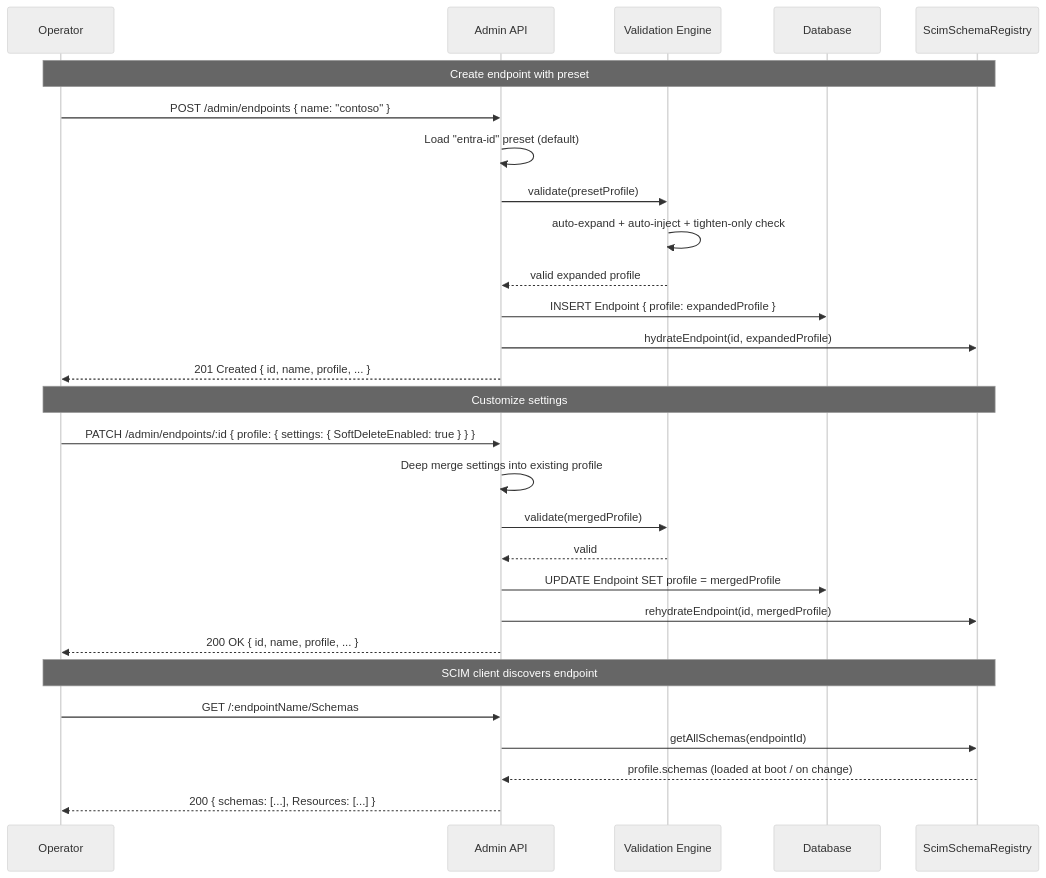
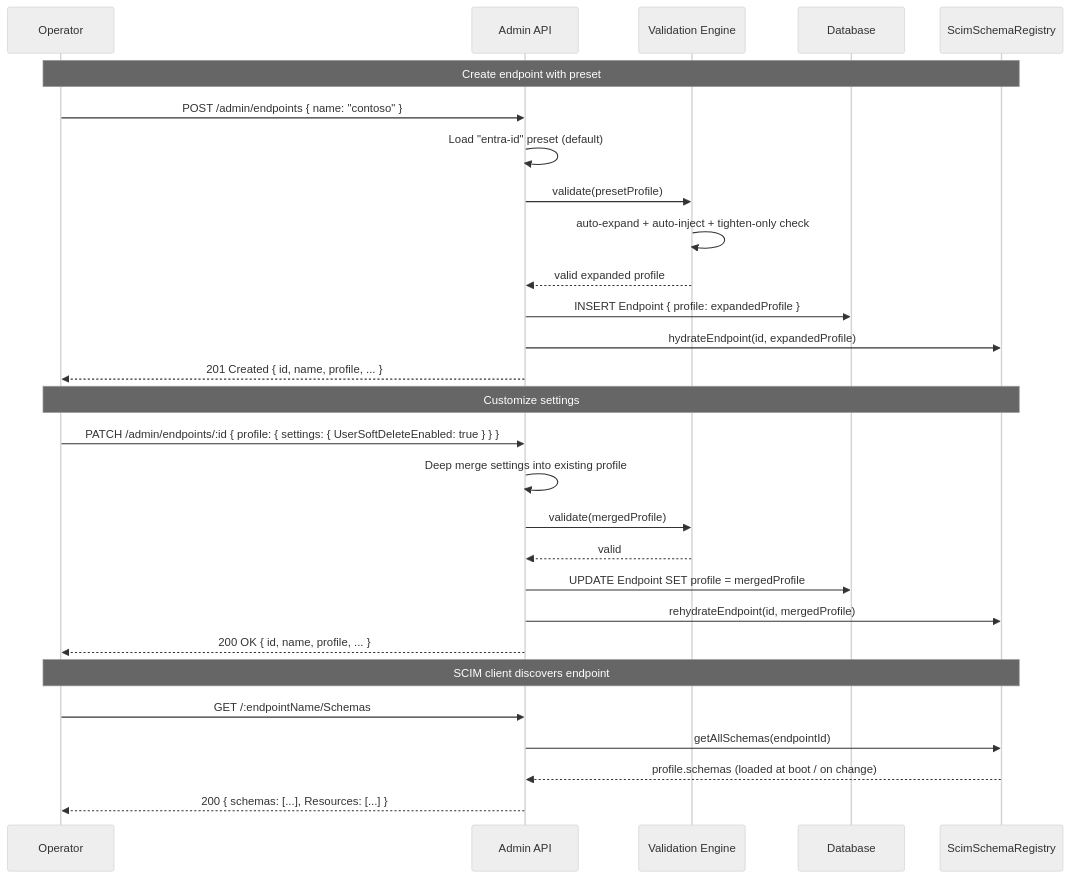
One commit to pranems/SCIMServer changed the eighth of 20 diagrams in docs/SCHEMA_TEMPLATES_DESIGN.md. Above: the diagram before and after it, drawn with Mermaid (neutral theme). The commit also changed other lines of this file and 82 other files, not shown here.

First line of the commit message:
feat: remove deletedAt, implement UserSoftDeleteEnabled PATCH gate, update docs

````diff
--- a/docs/SCHEMA_TEMPLATES_DESIGN.md
+++ b/docs/SCHEMA_TEMPLATES_DESIGN.md
@@ -549,33 +549,33 @@
 ```mermaid
 sequenceDiagram
     participant Op as Operator
     participant API as Admin API
     participant Val as Validation Engine
     participant DB as Database
     participant Reg as ScimSchemaRegistry
 
     Note over Op,Reg: Create endpoint with preset
     Op->>API: POST /admin/endpoints { name: "contoso" }
     API->>API: Load "entra-id" preset (default)
     API->>Val: validate(presetProfile)
     Val->>Val: auto-expand + auto-inject + tighten-only check
     Val-->>API:  valid expanded profile
     API->>DB: INSERT Endpoint { profile: expandedProfile }
     API->>Reg: hydrateEndpoint(id, expandedProfile)
     API-->>Op: 201 Created { id, name, profile, ... }
 
     Note over Op,Reg: Customize settings
-    Op->>API: PATCH /admin/endpoints/:id { profile: { settings: { SoftDeleteEnabled: true } } }
+    Op->>API: PATCH /admin/endpoints/:id { profile: { settings: { UserSoftDeleteEnabled: true } } }
     API->>API: Deep merge settings into existing profile
     API->>Val: validate(mergedProfile)
     Val-->>API:  valid
     API->>DB: UPDATE Endpoint SET profile = mergedProfile
     API->>Reg: rehydrateEndpoint(id, mergedProfile)
     API-->>Op: 200 OK { id, name, profile, ... }
 
     Note over Op,Reg: SCIM client discovers endpoint
     Op->>API: GET /:endpointName/Schemas
     API->>Reg: getAllSchemas(endpointId)
     Reg-->>API: profile.schemas (loaded at boot / on change)
     API-->>Op: 200 { schemas: [...], Resources: [...] }
 ```
````
